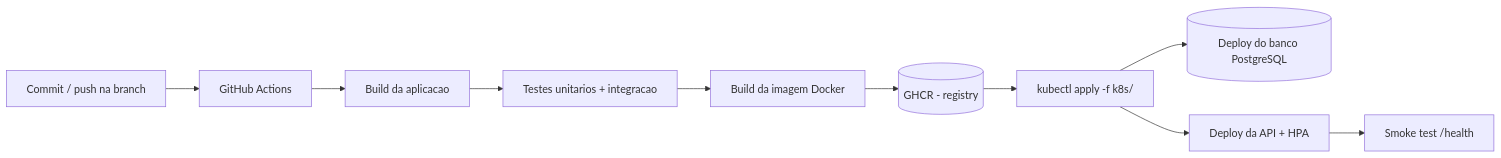
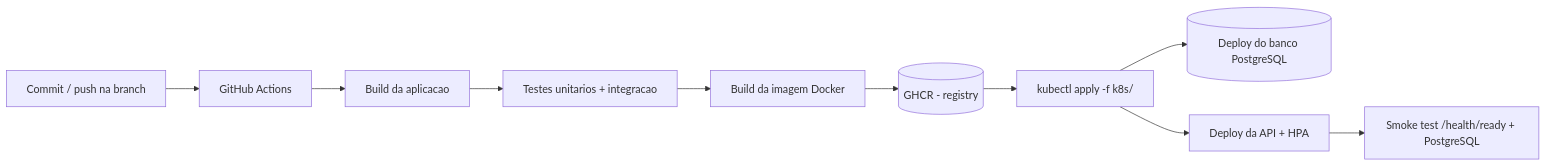
One commit to menta2010/tech-challenge-oficina-mecanica changed the third of 3 diagrams in README.md. Above: the diagram before and after it, drawn with Mermaid. The commit also changed other lines of this file and 7 other files, not shown here.

Commit message:
feat: adiciona probe livness e readness no smoke test

````diff
--- a/README.md
+++ b/README.md
@@ -632,12 +635,12 @@
 ```mermaid
 flowchart LR
   DEV[Commit / push na branch] --> CI[GitHub Actions]
   CI --> B[Build da aplicacao]
   B --> T[Testes unitarios + integracao]
   T --> IMG[Build da imagem Docker]
   IMG --> REG[(GHCR - registry)]
   REG --> DEP[kubectl apply -f k8s/]
   DEP --> DB[(Deploy do banco PostgreSQL)]
   DEP --> APP[Deploy da API + HPA]
-  APP --> SMOKE[Smoke test /health]
+  APP --> SMOKE[Smoke test /health/ready + PostgreSQL]
 ```
````
